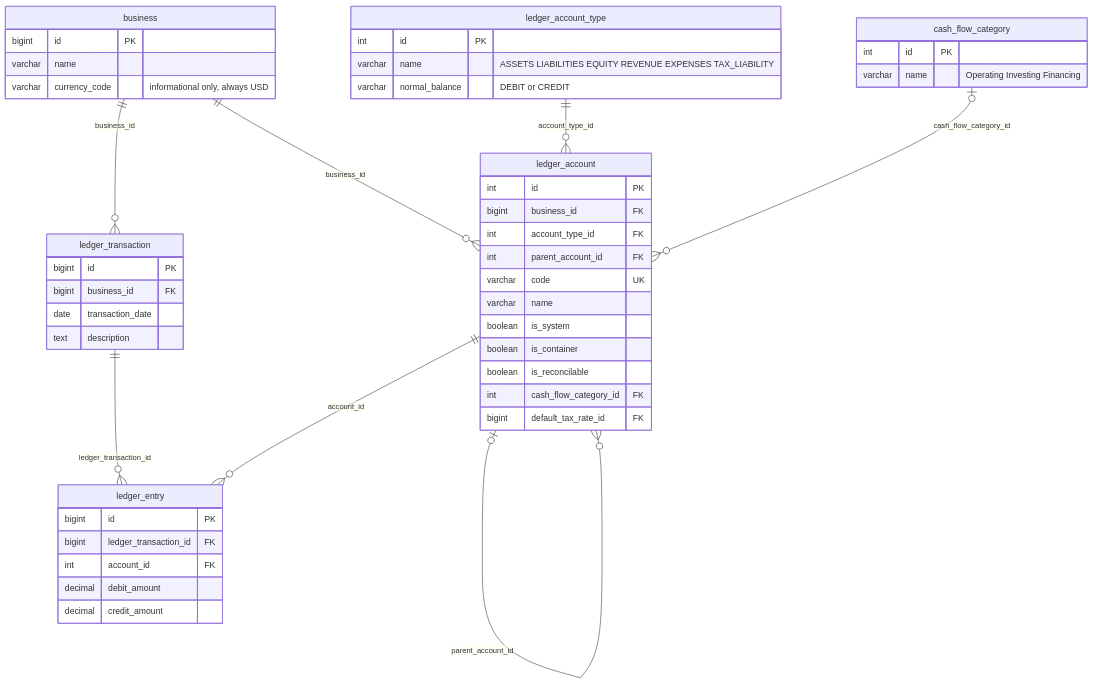
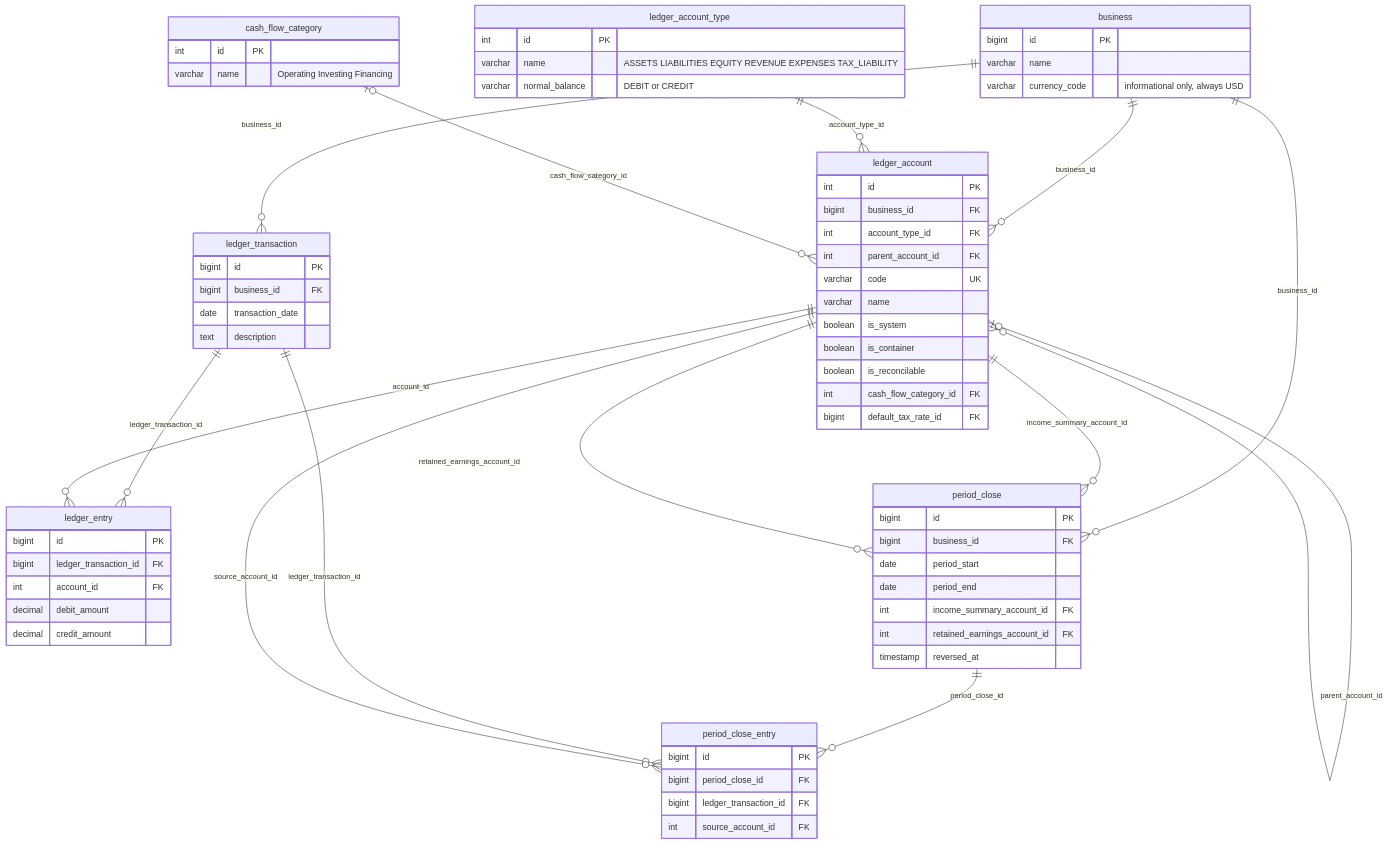
One commit to silverbp/ava changed the first of 4 diagrams in docs/schema.md. Above: the diagram before and after it, drawn with Mermaid. The commit also changed other lines of this file and 128 other files, not shown here.

````diff
--- a/docs/schema.md
+++ b/docs/schema.md
@@ -19,51 +19,72 @@
 ```mermaid
 erDiagram
     business ||--o{ ledger_account : "business_id"
     ledger_account_type ||--o{ ledger_account : "account_type_id"
     cash_flow_category |o--o{ ledger_account : "cash_flow_category_id"
     ledger_account |o--o{ ledger_account : "parent_account_id"
     business ||--o{ ledger_transaction : "business_id"
     ledger_transaction ||--o{ ledger_entry : "ledger_transaction_id"
     ledger_account ||--o{ ledger_entry : "account_id"
+    business ||--o{ period_close : "business_id"
+    ledger_account ||--o{ period_close : "income_summary_account_id"
+    ledger_account ||--o{ period_close : "retained_earnings_account_id"
+    period_close ||--o{ period_close_entry : "period_close_id"
+    ledger_transaction ||--o{ period_close_entry : "ledger_transaction_id"
+    ledger_account ||--o{ period_close_entry : "source_account_id"
 
     business {
         bigint id PK
         varchar name
         varchar currency_code "informational only, always USD"
     }
     ledger_account_type {
         int id PK
         varchar name "ASSETS LIABILITIES EQUITY REVENUE EXPENSES TAX_LIABILITY"
         varchar normal_balance "DEBIT or CREDIT"
     }
     cash_flow_category {
         int id PK
         varchar name "Operating Investing Financing"
     }
     ledger_account {
         int id PK
         bigint business_id FK
         int account_type_id FK
         int parent_account_id FK
         varchar code UK
         varchar name
         boolean is_system
         boolean is_container
         boolean is_reconcilable
         int cash_flow_category_id FK
         bigint default_tax_rate_id FK
     }
     ledger_transaction {
         bigint id PK
         bigint business_id FK
         date transaction_date
         text description
     }
     ledger_entry {
         bigint id PK
         bigint ledger_transaction_id FK
         int account_id FK
         decimal debit_amount
         decimal credit_amount
     }
+    period_close {
+        bigint id PK
+        bigint business_id FK
+        date period_start
+        date period_end
+        int income_summary_account_id FK
+        int retained_earnings_account_id FK
+        timestamp reversed_at
+    }
+    period_close_entry {
+        bigint id PK
+        bigint period_close_id FK
+        bigint ledger_transaction_id FK
+        int source_account_id FK
+    }
 ```
````
